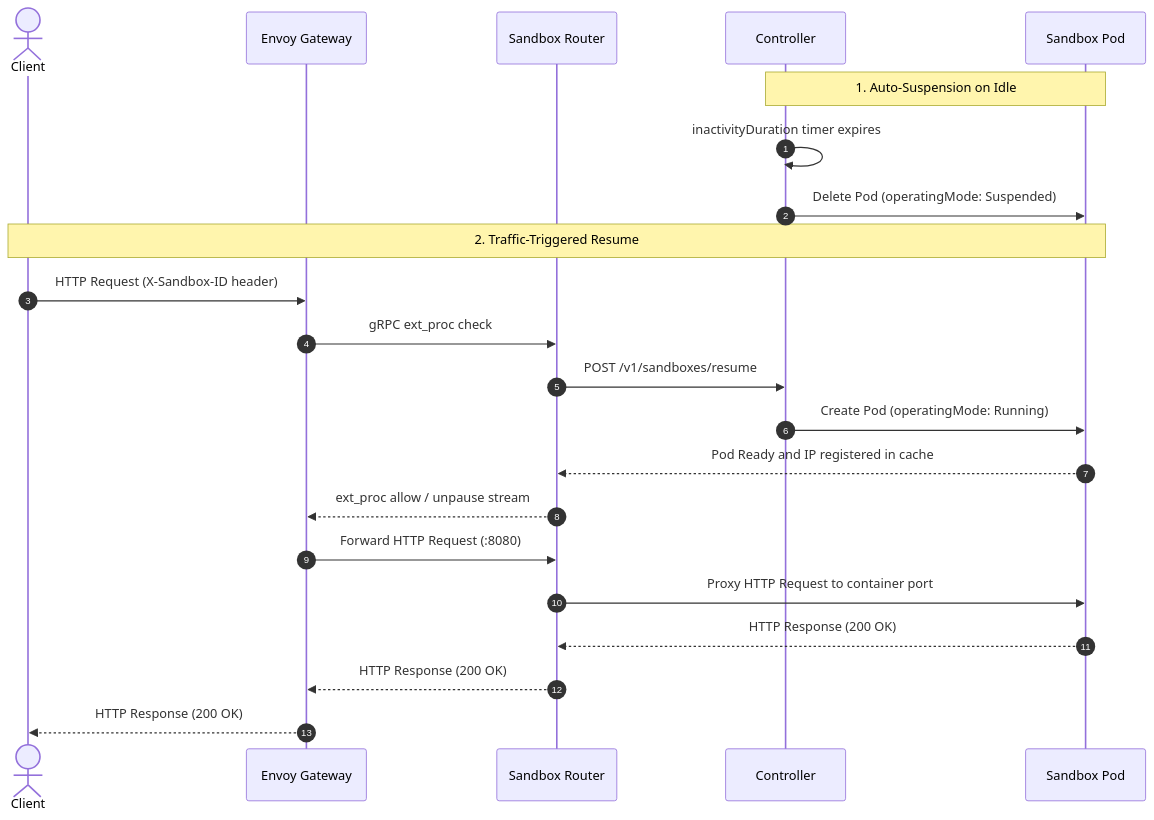
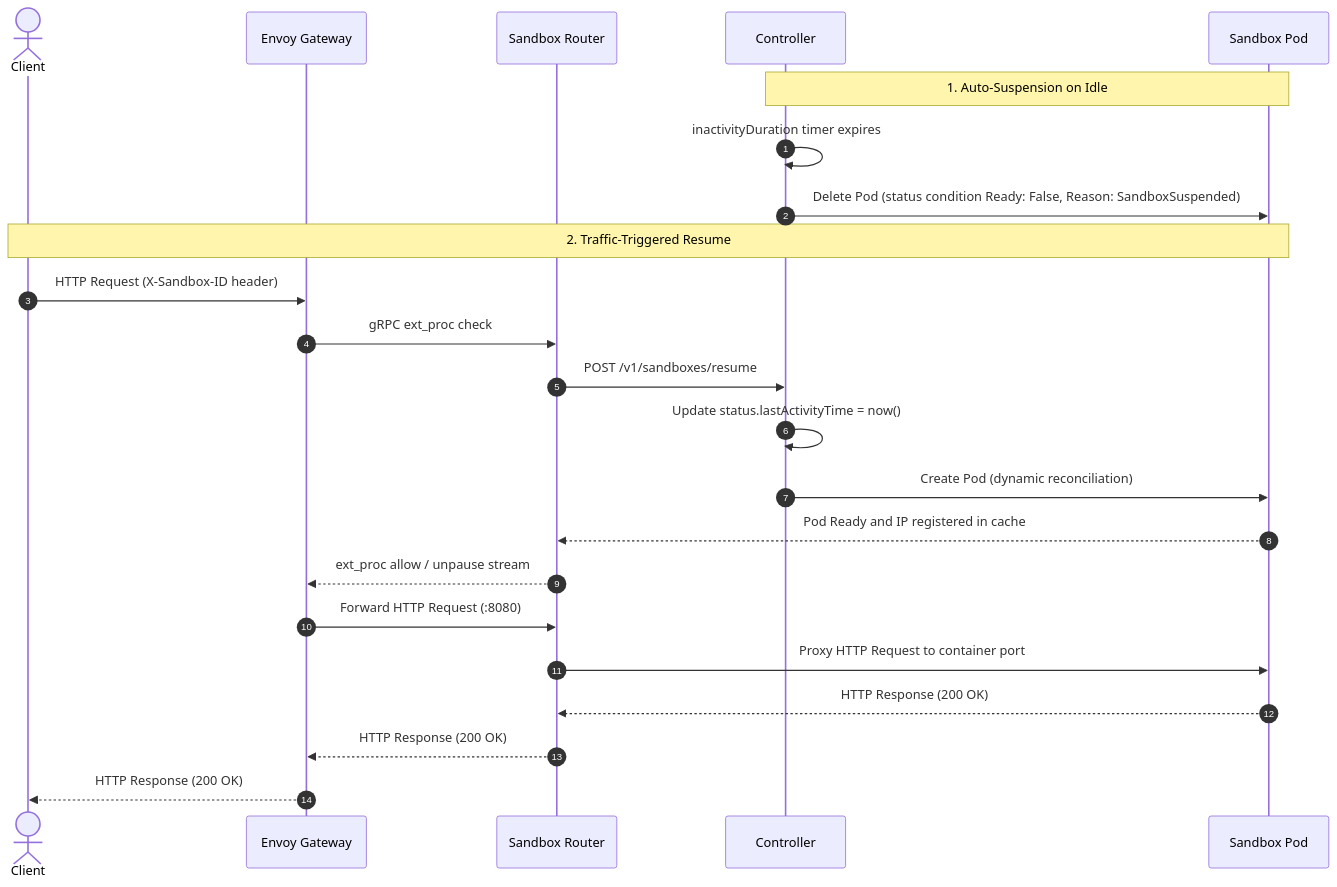
The second of 2 diagrams in docs/auto_suspension.md (kubernetes-sigs/agent-sandbox), drawn with Mermaid before and after one commit. The commit also changed other lines of this file and 5 other files, not shown here.

````diff
--- a/docs/auto_suspension.md
+++ b/docs/auto_suspension.md
@@ -40,26 +43,27 @@
 ```mermaid
 sequenceDiagram
     autonumber
     actor Client
     participant EG as Envoy Gateway
     participant SR as Sandbox Router
     participant CTRL as Controller
     participant POD as Sandbox Pod
 
     Note over CTRL,POD: 1. Auto-Suspension on Idle
     CTRL->>CTRL: inactivityDuration timer expires
-    CTRL->>POD: Delete Pod (operatingMode: Suspended)
+    CTRL->>POD: Delete Pod (status condition Ready: False, Reason: SandboxSuspended)
 
     Note over Client,POD: 2. Traffic-Triggered Resume
     Client->>EG: HTTP Request (X-Sandbox-ID header)
     EG->>SR: gRPC ext_proc check
     SR->>CTRL: POST /v1/sandboxes/resume
-    CTRL->>POD: Create Pod (operatingMode: Running)
+    CTRL->>CTRL: Update status.lastActivityTime = now()
+    CTRL->>POD: Create Pod (dynamic reconciliation)
     POD-->>SR: Pod Ready and IP registered in cache
     SR-->>EG: ext_proc allow / unpause stream
     EG->>SR: Forward HTTP Request (:8080)
     SR->>POD: Proxy HTTP Request to container port
     POD-->>SR: HTTP Response (200 OK)
     SR-->>EG: HTTP Response (200 OK)
     EG-->>Client: HTTP Response (200 OK)
 ```
````
